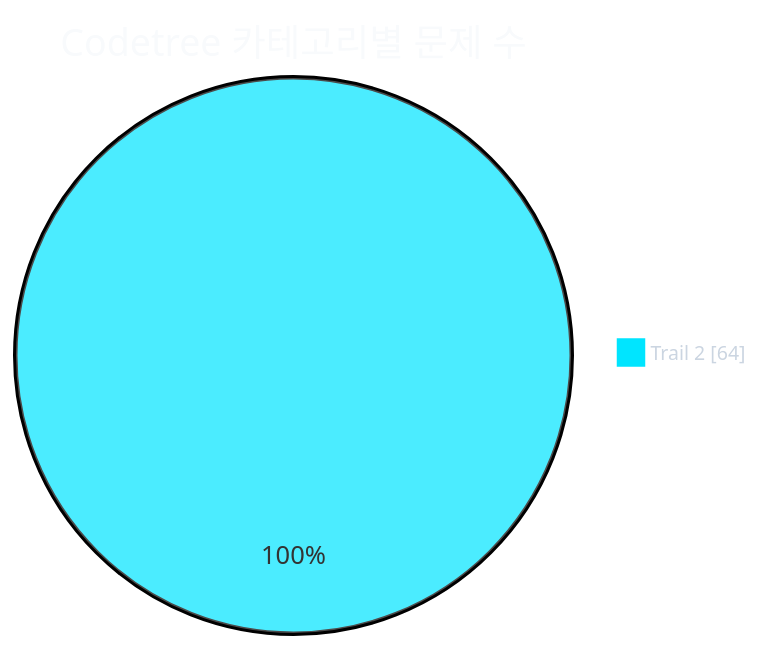
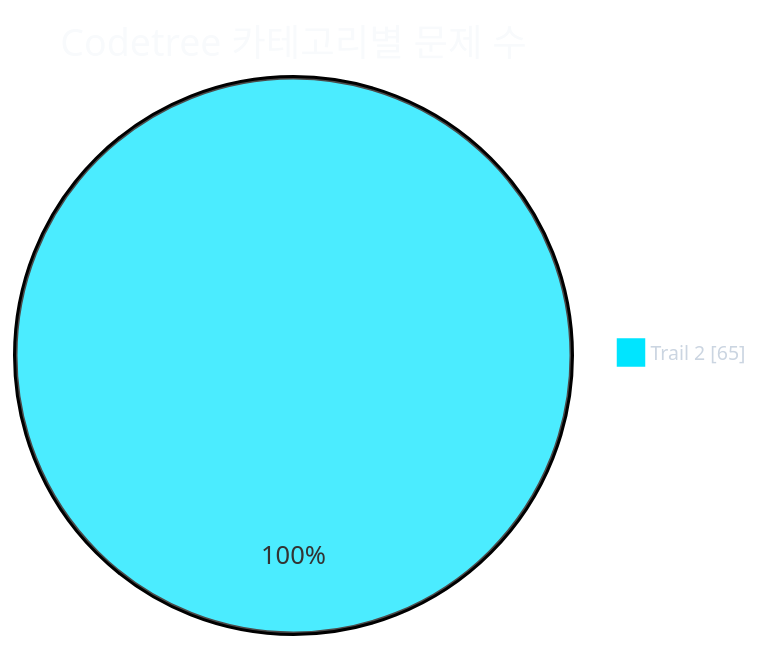
The first of 2 diagrams in readme.md (CHOOSLA/Algorithm), drawn with Mermaid before and after one commit. The commit also changed other lines of this file and 2 other files, not shown here.

````diff
--- a/readme.md
+++ b/readme.md
@@ -31,21 +31,21 @@
 ```mermaid
 ---
 config:
   theme: base
   themeVariables:
     background: '#0d1117'
     pieTitleTextColor: '#f8fafc'
     pieLegendTextColor: '#cbd5e1'
     pieLegendTextSize: '13px'
     pie1: '#00e5ff'
     pie2: '#22c55e'
     pie3: '#f59e0b'
     pie4: '#a855f7'
     pie5: '#ec4899'
     pie6: '#3b82f6'
     pie7: '#64748b'
 ---
 pie showData
   title Codetree 카테고리별 문제 수
-  "Trail 2" : 64
+  "Trail 2" : 65
 ```
````
